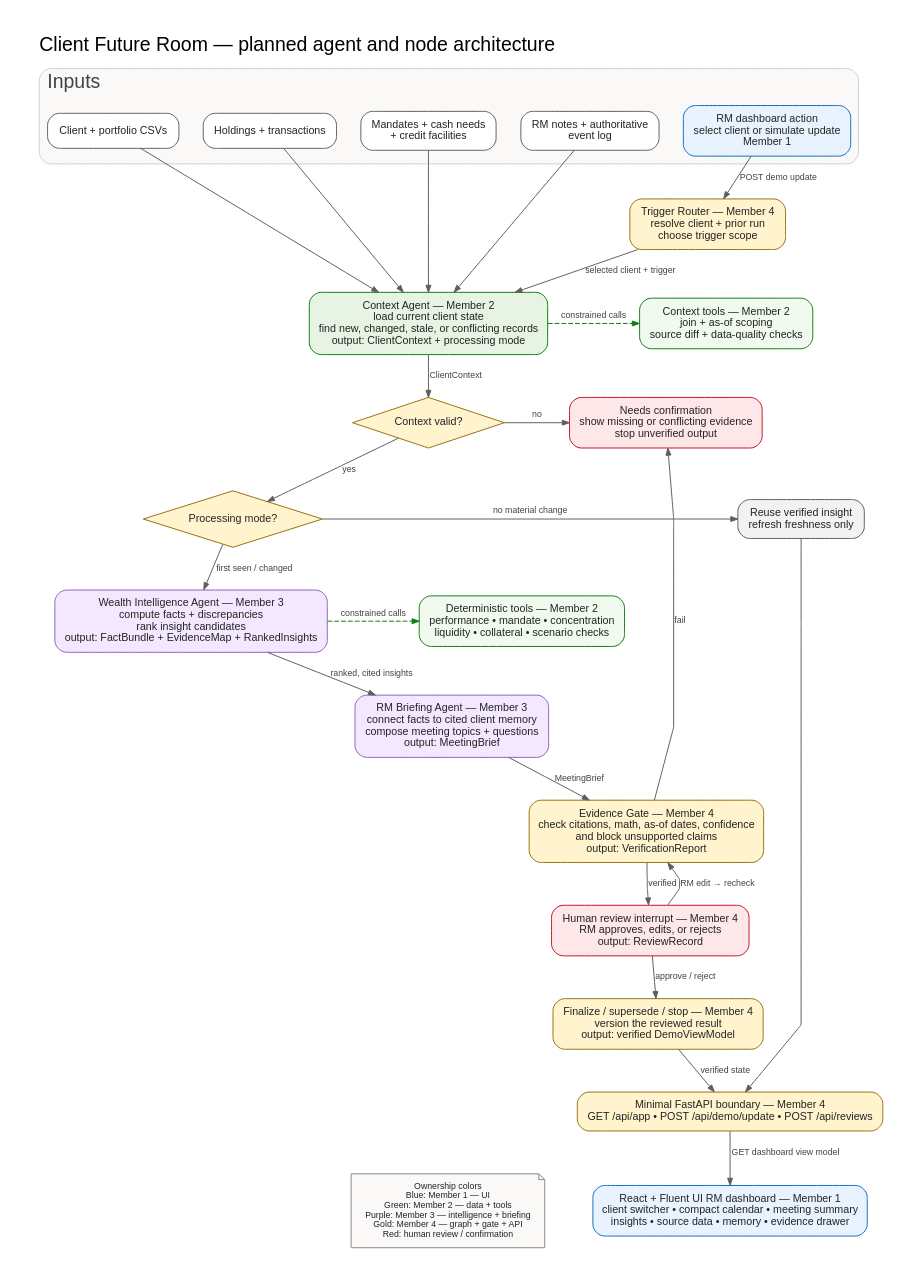
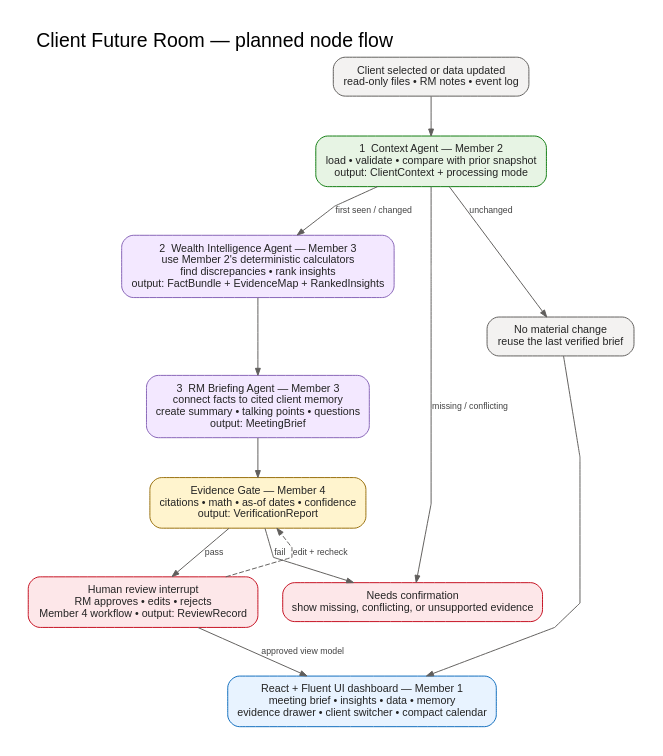
One commit to choiwab/SingHacks-2026 changed the diagram in docs/assets/rm-intelligence-node-architecture.dot. Above: the diagram before and after it, drawn with Graphviz. The commit also changed 19 other files, not shown here.

Commit message:
Langgraph skeleton + diagram

```diff
--- a/docs/assets/rm-intelligence-node-architecture.dot
+++ b/docs/assets/rm-intelligence-node-architecture.dot
@@ -1,15 +1,14 @@
-digraph RMIntelligenceArchitecture {
+digraph RMIntelligenceNodeFlow {
   graph [
     rankdir=TB,
-    newrank=true,
     bgcolor="white",
-    pad="0.35",
+    pad="0.3",
     nodesep="0.35",
-    ranksep="0.46",
+    ranksep="0.55",
     splines=polyline,
     fontname="Arial",
     fontsize=20,
-    label="Client Future Room — planned agent and node architecture",
+    label="Client Future Room — planned node flow",
     labelloc=t,
     labeljust=l
   ];
@@ -19,10 +18,10 @@
     style="rounded,filled",
     fontname="Arial",
     fontsize=11,
+    fontcolor="#242424",
     color="#605E5C",
     fillcolor="#FFFFFF",
-    fontcolor="#242424",
-    margin="0.17,0.11"
+    margin="0.16,0.11"
   ];
 
   edge [
@@ -33,171 +32,68 @@
     arrowsize=0.72
   ];
 
-  subgraph cluster_inputs {
-    label="Inputs";
-    color="#D2D0CE";
-    fillcolor="#FAF9F8";
-    style="rounded,filled";
-    fontcolor="#424242";
-
-    profiles [label="Client + portfolio CSVs"];
-    activity [label="Holdings + transactions"];
-    obligations [label="Mandates + cash needs\n+ credit facilities"];
-    notes [label="RM notes + authoritative\nevent log"];
-    dashboard_action [
-      label="RM dashboard action\nselect client or simulate update\nMember 1",
-      fillcolor="#E8F3FF",
-      color="#0F6CBD"
-    ];
-
-    { rank=same; profiles; activity; obligations; notes; dashboard_action; }
-  }
-
-  router [
-    label="Trigger Router — Member 4\nresolve client + prior run\nchoose trigger scope",
-    fillcolor="#FFF4CE",
-    color="#986F0B"
+  trigger [
+    label="Client selected or data updated\nread-only files • RM notes • event log",
+    fillcolor="#F3F2F1"
   ];
 
   context [
-    label="Context Agent — Member 2\nload current client state\nfind new, changed, stale, or conflicting records\noutput: ClientContext + processing mode",
+    label="1  Context Agent — Member 2\nload • validate • compare with prior snapshot\noutput: ClientContext + processing mode",
     fillcolor="#E7F4E4",
     color="#107C10"
   ];
 
-  context_tools [
-    label="Context tools — Member 2\njoin + as-of scoping\nsource diff + data-quality checks",
-    fillcolor="#F1FAEE",
-    color="#107C10"
-  ];
-
-  valid [
-    label="Context valid?",
-    shape=diamond,
-    style="filled",
-    fillcolor="#FFF4CE",
-    color="#986F0B",
-    width=1.2,
-    height=0.72
-  ];
-
-  mode [
-    label="Processing mode?",
-    shape=diamond,
-    style="filled",
-    fillcolor="#FFF4CE",
-    color="#986F0B",
-    width=1.35,
-    height=0.8
-  ];
-
-  confirmation [
-    label="Needs confirmation\nshow missing or conflicting evidence\nstop unverified output",
-    fillcolor="#FDE7E9",
-    color="#C50F1F"
-  ];
-
-  reuse [
-    label="Reuse verified insight\nrefresh freshness only",
-    fillcolor="#F3F2F1",
-    color="#605E5C"
-  ];
-
   intelligence [
-    label="Wealth Intelligence Agent — Member 3\ncompute facts + discrepancies\nrank insight candidates\noutput: FactBundle + EvidenceMap + RankedInsights",
+    label="2  Wealth Intelligence Agent — Member 3\nuse Member 2's deterministic calculators\nfind discrepancies • rank insights\noutput: FactBundle + EvidenceMap + RankedInsights",
     fillcolor="#F3E8FF",
     color="#8764B8"
   ];
 
-  calculation_tools [
-    label="Deterministic tools — Member 2\nperformance • mandate • concentration\nliquidity • collateral • scenario checks",
-    fillcolor="#F1FAEE",
-    color="#107C10"
-  ];
-
   briefing [
-    label="RM Briefing Agent — Member 3\nconnect facts to cited client memory\ncompose meeting topics + questions\noutput: MeetingBrief",
+    label="3  RM Briefing Agent — Member 3\nconnect facts to cited client memory\ncreate summary • talking points • questions\noutput: MeetingBrief",
     fillcolor="#F3E8FF",
     color="#8764B8"
   ];
 
   gate [
-    label="Evidence Gate — Member 4\ncheck citations, math, as-of dates, confidence\nand block unsupported claims\noutput: VerificationReport",
+    label="Evidence Gate — Member 4\ncitations • math • as-of dates • confidence\noutput: VerificationReport",
     fillcolor="#FFF4CE",
     color="#986F0B"
   ];
 
   review [
-    label="Human review interrupt — Member 4\nRM approves, edits, or rejects\noutput: ReviewRecord",
+    label="Human review interrupt\nRM approves • edits • rejects\nMember 4 workflow • output: ReviewRecord",
     fillcolor="#FDE7E9",
     color="#C50F1F"
   ];
 
-  finalize [
-    label="Finalize / supersede / stop — Member 4\nversion the reviewed result\noutput: verified DemoViewModel",
-    fillcolor="#FFF4CE",
-    color="#986F0B"
-  ];
-
-  api [
-    label="Minimal FastAPI boundary — Member 4\nGET /api/app • POST /api/demo/update • POST /api/reviews",
-    fillcolor="#FFF4CE",
-    color="#986F0B"
-  ];
-
-  ui [
-    label="React + Fluent UI RM dashboard — Member 1\nclient switcher • compact calendar • meeting summary\ninsights • source data • memory • evidence drawer",
+  dashboard [
+    label="React + Fluent UI dashboard — Member 1\nmeeting brief • insights • data • memory\nevidence drawer • client switcher • compact calendar",
     fillcolor="#E8F3FF",
     color="#0F6CBD"
   ];
 
-  legend [
-    label="Ownership colors\nBlue: Member 1 — UI\nGreen: Member 2 — data + tools\nPurple: Member 3 — intelligence + briefing\nGold: Member 4 — graph + gate + API\nRed: human review / confirmation",
-    shape=note,
-    style="filled",
-    fillcolor="#FAF9F8",
-    color="#8A8886",
-    fontsize=9
+  reuse [
+    label="No material change\nreuse the last verified brief",
+    fillcolor="#F3F2F1"
   ];
 
-  profiles -> context;
-  activity -> context;
-  obligations -> context;
-  notes -> context;
-  dashboard_action -> router [label="POST demo update"];
-  router -> context [label="selected client + trigger"];
+  confirm [
+    label="Needs confirmation\nshow missing, conflicting, or unsupported evidence",
+    fillcolor="#FDE7E9",
+    color="#C50F1F"
+  ];
 
-  context -> context_tools [
-    style=dashed,
-    color="#107C10",
-    label="constrained calls"
-  ];
-  context -> valid [label="ClientContext"];
-  valid -> confirmation [label="no"];
-  valid -> mode [label="yes"];
-  mode -> reuse [label="no material change"];
-  mode -> intelligence [label="first seen / changed"];
+  trigger -> context;
+  context -> intelligence [label="first seen / changed"];
+  intelligence -> briefing;
+  briefing -> gate;
+  gate -> review [label="pass"];
+  review -> dashboard [label="approved view model"];
 
-  intelligence -> calculation_tools [
-    style=dashed,
-    color="#107C10",
-    label="constrained calls"
-  ];
-  intelligence -> briefing [label="ranked, cited insights"];
-  briefing -> gate [label="MeetingBrief"];
-  gate -> confirmation [label="fail"];
-  gate -> review [label="verified"];
-  review -> gate [label="RM edit → recheck", constraint=false];
-  review -> finalize [label="approve / reject"];
-
-  reuse -> api;
-  finalize -> api [label="verified state"];
-  api -> ui [label="GET dashboard view model"];
-
-  legend -> ui [style=invis];
-  { rank=same; context; context_tools; }
-  { rank=same; valid; confirmation; }
-  { rank=same; mode; reuse; }
-  { rank=same; intelligence; calculation_tools; }
-  { rank=same; ui; legend; }
+  context -> reuse [label="unchanged"];
+  reuse -> dashboard;
+  context -> confirm [label="missing / conflicting"];
+  gate -> confirm [label="fail"];
+  review -> gate [label="edit + recheck", style=dashed, constraint=false];
 }
```
